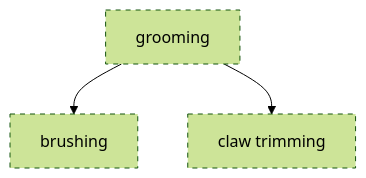
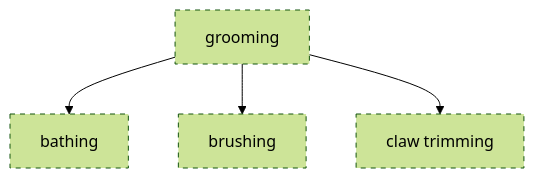
One commit to belaboros/DomainAiAssistant changed the sixth of 36 diagrams in data/ontology-pets-and-house-rules/03_release/00_raw/level-2.md. Above: the diagram before and after it, drawn with Mermaid (forest theme). The commit also changed other lines of this file and 302 other files, not shown here.

````diff
--- a/data/ontology-pets-and-house-rules/03_release/00_raw/level-2.md
+++ b/data/ontology-pets-and-house-rules/03_release/00_raw/level-2.md
@@ -80,10 +99,12 @@
 ```mermaid
 flowchart TB
     classDef draft stroke-dasharray: 5 5
+    cn_01M82H394WWKSMY0HG5WFCNGAC["bathing"]
     cn_01M82GN67QTV2KDH6NRHKR2RZZ["brushing"]
     cn_01M82GN67QTV2KDH6NRHKR2S00["claw trimming"]
     cn_01M82GKFJ96730WAHGQQD3M95H["grooming"]
+    cn_01M82GKFJ96730WAHGQQD3M95H --> cn_01M82H394WWKSMY0HG5WFCNGAC
     cn_01M82GKFJ96730WAHGQQD3M95H --> cn_01M82GN67QTV2KDH6NRHKR2RZZ
     cn_01M82GKFJ96730WAHGQQD3M95H --> cn_01M82GN67QTV2KDH6NRHKR2S00
-    class cn_01M82GN67QTV2KDH6NRHKR2RZZ,cn_01M82GN67QTV2KDH6NRHKR2S00,cn_01M82GKFJ96730WAHGQQD3M95H draft
+    class cn_01M82H394WWKSMY0HG5WFCNGAC,cn_01M82GN67QTV2KDH6NRHKR2RZZ,cn_01M82GN67QTV2KDH6NRHKR2S00,cn_01M82GKFJ96730WAHGQQD3M95H draft
 ```
````
